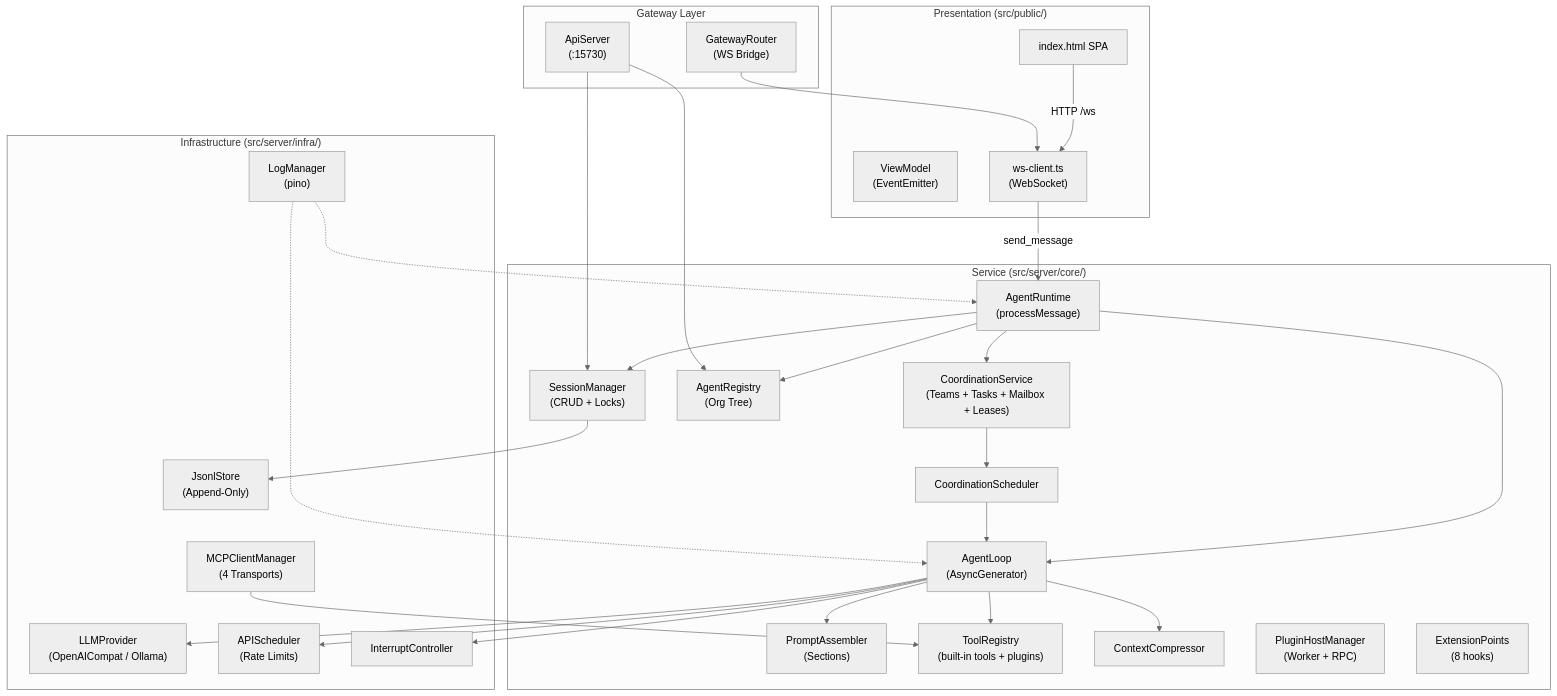
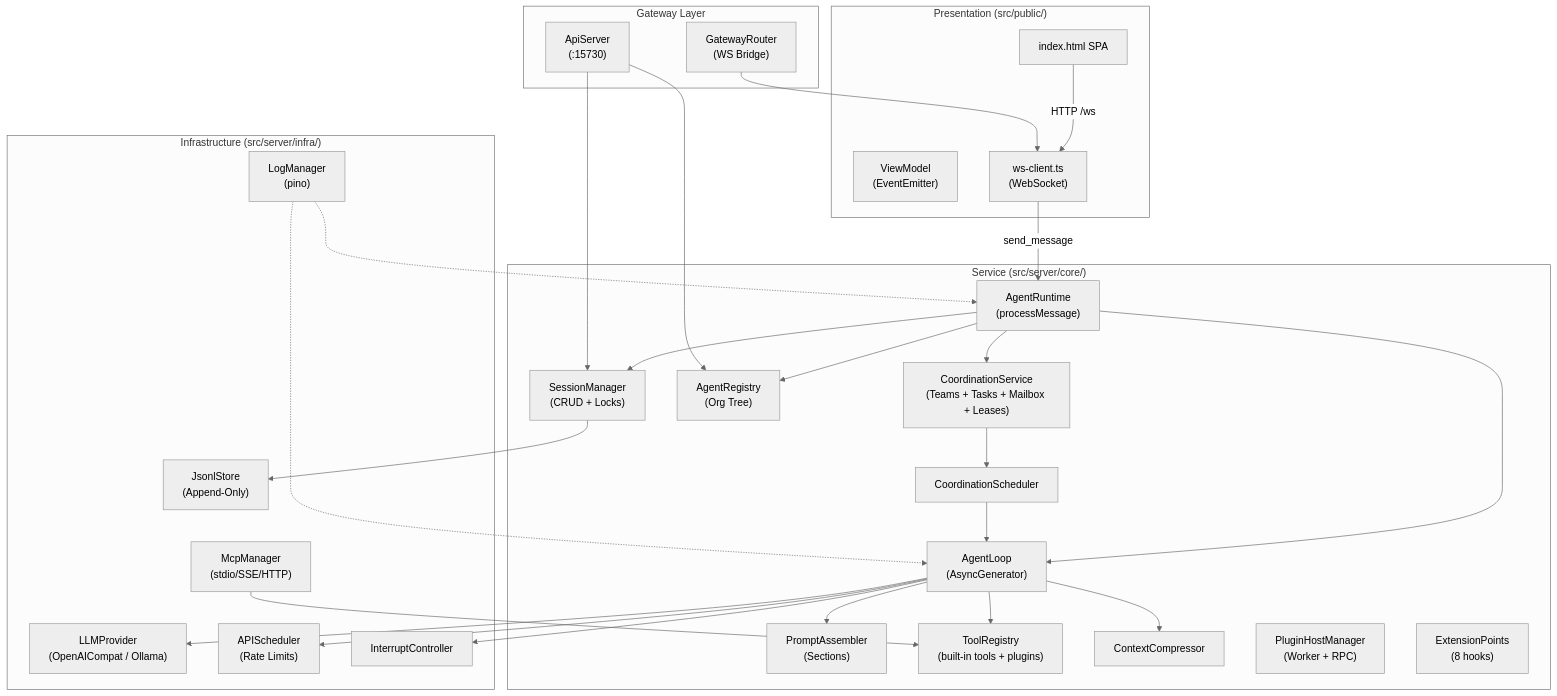
Before and after one commit to AnoCod/AnoClaw: the first of 5 diagrams in AGENTS.md, drawn with Mermaid (neutral theme). The commit also changed other lines of this file and 81 other files, not shown here.

````diff
--- a/AGENTS.md
+++ b/AGENTS.md
@@ -124,58 +112,58 @@
 ```mermaid
 graph TB
     subgraph Presentation["Presentation (src/public/)"]
         SPA["index.html SPA"]
         VM["ViewModel<br/>(EventEmitter)"]
         WS["ws-client.ts<br/>(WebSocket)"]
     end
 
     subgraph Service["Service (src/server/core/)"]
         AR["AgentRuntime<br/>(processMessage)"]
         AL["AgentLoop<br/>(AsyncGenerator)"]
         SM["SessionManager<br/>(CRUD + Locks)"]
         PA["PromptAssembler<br/>(Sections)"]
         TR["ToolRegistry<br/>(built-in tools + plugins)"]
         CC["ContextCompressor"]
         AReg["AgentRegistry<br/>(Org Tree)"]
         COORD["CoordinationService<br/>(Teams + Tasks + Mailbox + Leases)"]
         CS["CoordinationScheduler"]
         PHM["PluginHostManager<br/>(Worker + RPC)"]
         EXT["ExtensionPoints<br/>(8 hooks)"]
     end
 
     subgraph Infrastructure["Infrastructure (src/server/infra/)"]
         LLP["LLMProvider<br/>(OpenAICompat / Ollama)"]
         APS["APIScheduler<br/>(Rate Limits)"]
         JSL["JsonlStore<br/>(Append-Only)"]
-        MCPM["MCPClientManager<br/>(4 Transports)"]
+        MCPM["McpManager<br/>(stdio/SSE/HTTP)"]
         IC["InterruptController"]
         LM["LogManager<br/>(pino)"]
     end
 
     subgraph Gateway["Gateway Layer"]
         API["ApiServer<br/>(:15730)"]
         GW["GatewayRouter<br/>(WS Bridge)"]
     end
 
     SPA -->|"HTTP /ws"| WS
     WS -->|"send_message"| AR
     AR --> AL
     AR --> SM
     AR --> AReg
     AR --> COORD
     AL --> PA
     AL --> TR
     AL --> CC
     AL --> LLP
     AL --> APS
     AL --> IC
     COORD --> CS
     CS --> AL
     SM --> JSL
     API --> SM
     API --> AReg
     GW --> WS
     MCPM --> TR
     LM -.-> AR
     LM -.-> AL
 ```
````
